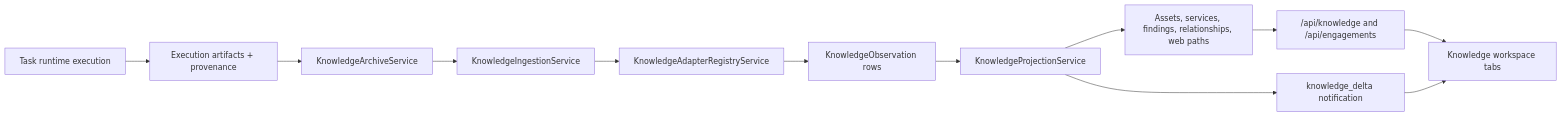
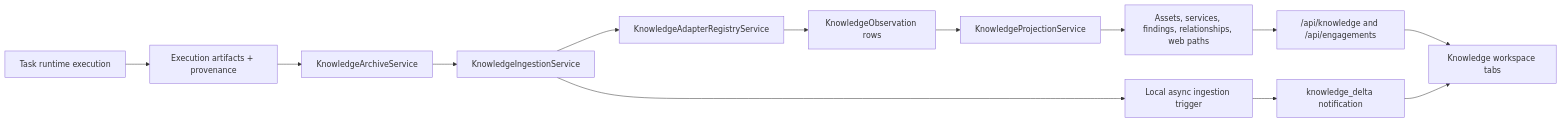
The diagram in docs/architecture/knowledge.md (quareth/drowAI), drawn with Mermaid before and after one commit. The commit also changed other lines of this file and 10 other files, not shown here.

Commit message:
docs: align architecture guides with wired code (#18)

````diff
--- a/docs/architecture/knowledge.md
+++ b/docs/architecture/knowledge.md
@@ -244,26 +244,28 @@
 ```mermaid
 flowchart LR
     Runtime["Task runtime execution"]
     Artifacts["Execution artifacts + provenance"]
     Archive["KnowledgeArchiveService"]
     Ingestion["KnowledgeIngestionService"]
     Adapters["KnowledgeAdapterRegistryService"]
     Observations["KnowledgeObservation rows"]
     Projection["KnowledgeProjectionService"]
     ReadModels["Assets, services, findings, relationships, web paths"]
     API["/api/knowledge and /api/engagements"]
     Client["Knowledge workspace tabs"]
+    LocalTrigger["Local async ingestion trigger"]
     Notify["knowledge_delta notification"]
 
     Runtime --> Artifacts
     Artifacts --> Archive
     Archive --> Ingestion
     Ingestion --> Adapters
     Adapters --> Observations
     Observations --> Projection
     Projection --> ReadModels
     ReadModels --> API
     API --> Client
-    Projection --> Notify
+    Ingestion --> LocalTrigger
+    LocalTrigger --> Notify
     Notify --> Client
 ```
````
